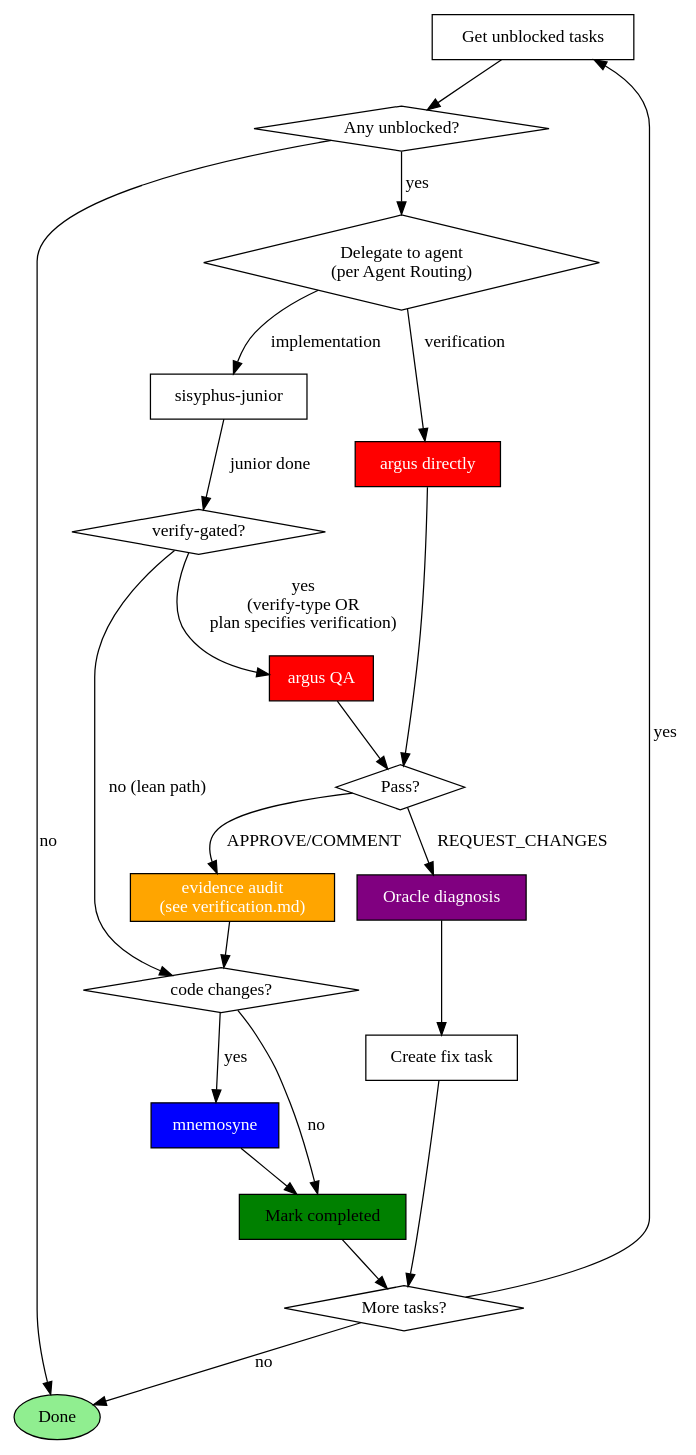
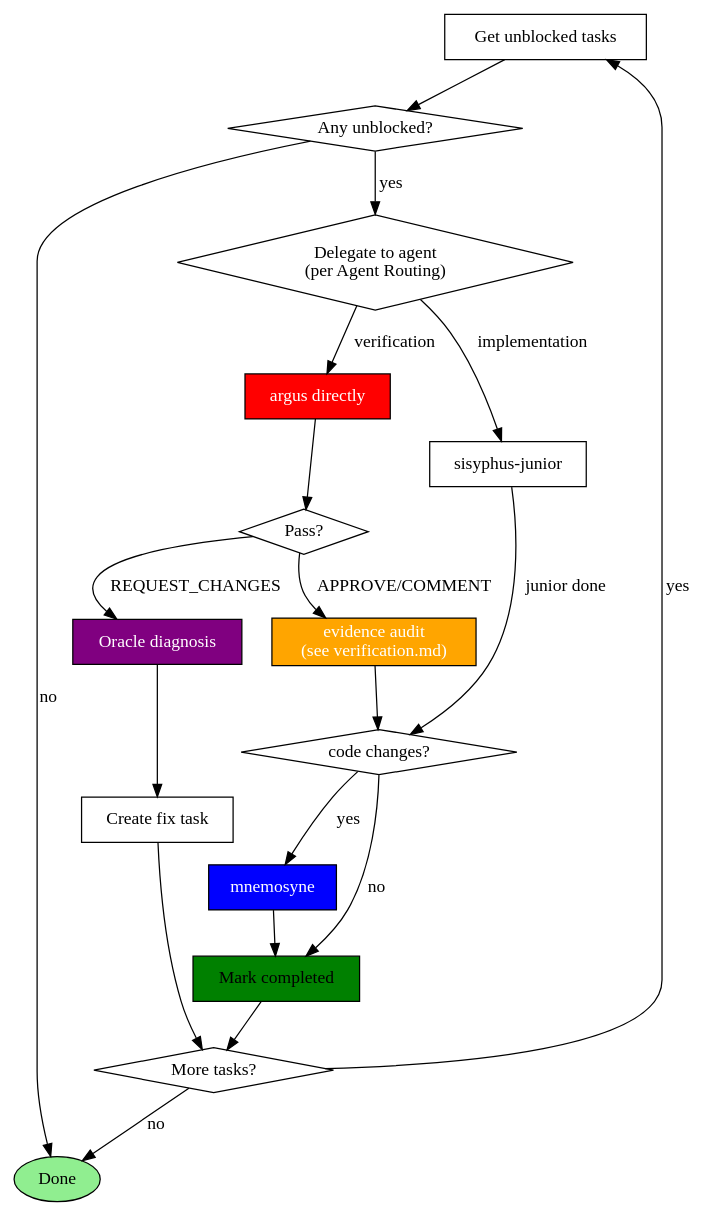
Before and after one commit to toongri/oh-my-toong-playground: the diagram in skills/sisyphus/SKILL.md, drawn with Graphviz. The commit also changed other lines of this file and 8 other files, not shown here.

First line of the commit message:
refactor(sisyphus): verify-gated 하이브리드 구현 경로 제거

````diff
--- a/skills/sisyphus/SKILL.md
+++ b/skills/sisyphus/SKILL.md
@@ -160,43 +159,38 @@
 ```dot
 digraph task_loop {
     rankdir=TB;
     "Get unblocked tasks" [shape=box];
     "Any unblocked?" [shape=diamond];
     "Delegate to agent\n(per Agent Routing)" [shape=diamond];
     "sisyphus-junior" [shape=box];
     "argus directly" [shape=box, style=filled, fillcolor=red, fontcolor=white];
-    "verify-gated?" [shape=diamond];
-    "argus QA" [shape=box, style=filled, fillcolor=red, fontcolor=white];
     "Pass?" [shape=diamond];
     "evidence audit\n(see verification.md)" [shape=box, style=filled, fillcolor=orange, fontcolor=white];
     "code changes?" [shape=diamond];
     "mnemosyne" [shape=box, style=filled, fillcolor=blue, fontcolor=white];
     "Mark completed" [shape=box, style=filled, fillcolor=green];
     "Oracle diagnosis" [shape=box, style=filled, fillcolor=purple, fontcolor=white];
     "Create fix task" [shape=box];
     "More tasks?" [shape=diamond];
     "Done" [shape=ellipse, style=filled, fillcolor=lightgreen];
 
     "Get unblocked tasks" -> "Any unblocked?";
     "Any unblocked?" -> "Delegate to agent\n(per Agent Routing)" [label="yes"];
     "Any unblocked?" -> "Done" [label="no"];
     "Delegate to agent\n(per Agent Routing)" -> "sisyphus-junior" [label="implementation"];
     "Delegate to agent\n(per Agent Routing)" -> "argus directly" [label="verification"];
-    "sisyphus-junior" -> "verify-gated?" [label="junior done"];
-    "verify-gated?" -> "argus QA" [label="yes\n(verify-type OR\nplan specifies verification)"];
-    "verify-gated?" -> "code changes?" [label="no (lean path)"];
-    "argus QA" -> "Pass?";
+    "sisyphus-junior" -> "code changes?" [label="junior done"];
     "Pass?" -> "evidence audit\n(see verification.md)" [label="APPROVE/COMMENT"];
     "Pass?" -> "Oracle diagnosis" [label="REQUEST_CHANGES"];
     "evidence audit\n(see verification.md)" -> "code changes?";
     "code changes?" -> "mnemosyne" [label="yes"];
     "code changes?" -> "Mark completed" [label="no"];
     "mnemosyne" -> "Mark completed";
     "argus directly" -> "Pass?";
     "Oracle diagnosis" -> "Create fix task";
     "Mark completed" -> "More tasks?";
     "Create fix task" -> "More tasks?";
     "More tasks?" -> "Get unblocked tasks" [label="yes"];
     "More tasks?" -> "Done" [label="no"];
 }
 ```
````
